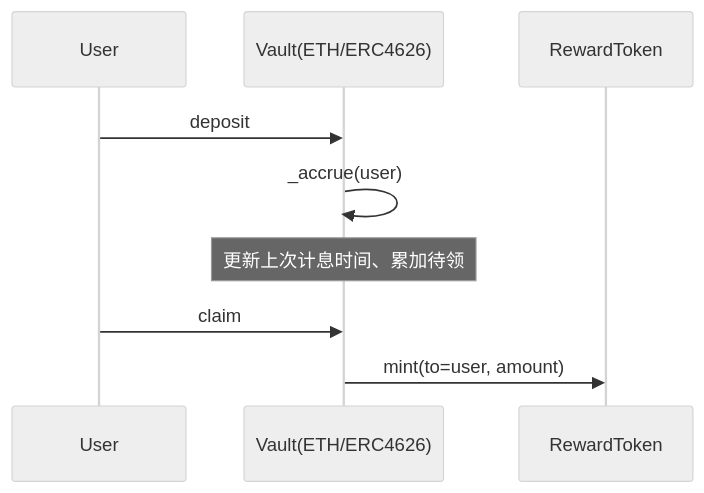
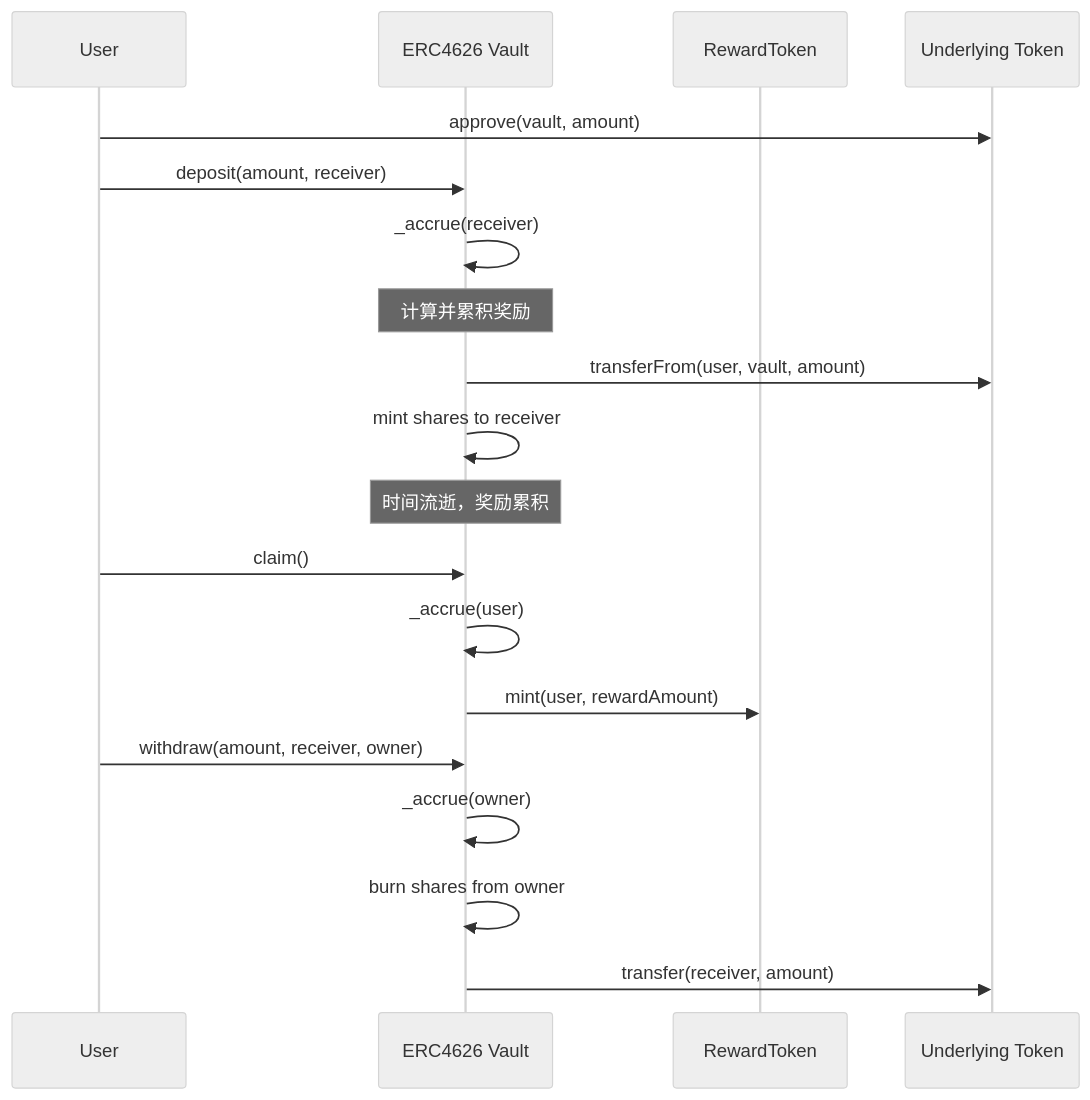
One commit to RohithVetri/defi-fixed-yield-course changed the diagram in docs/lessons/03-vault-contract.md. Above: the diagram before and after it, drawn with Mermaid (neutral theme). The commit also changed other lines of this file and 11 other files, not shown here.

````diff
--- a/docs/lessons/03-vault-contract.md
+++ b/docs/lessons/03-vault-contract.md
@@ -6,11 +19,25 @@
 ```mermaid
 sequenceDiagram
   participant U as User
-  participant V as Vault(ETH/ERC4626)
+  participant V as ERC4626 Vault
   participant R as RewardToken
-  U->>V: deposit
+  participant T as Underlying Token
+  
+  U->>T: approve(vault, amount)
+  U->>V: deposit(amount, receiver)
+  V->>V: _accrue(receiver)
+  Note over V: 计算并累积奖励
+  V->>T: transferFrom(user, vault, amount)
+  V->>V: mint shares to receiver
+  
+  Note over V: 时间流逝，奖励累积
+  
+  U->>V: claim()
   V->>V: _accrue(user)
-  Note over V: 更新上次计息时间、累加待领
-  U->>V: claim
-  V->>R: mint(to=user, amount)
+  V->>R: mint(user, rewardAmount)
+  
+  U->>V: withdraw(amount, receiver, owner)
+  V->>V: _accrue(owner)
+  V->>V: burn shares from owner
+  V->>T: transfer(receiver, amount)
 ```
````
